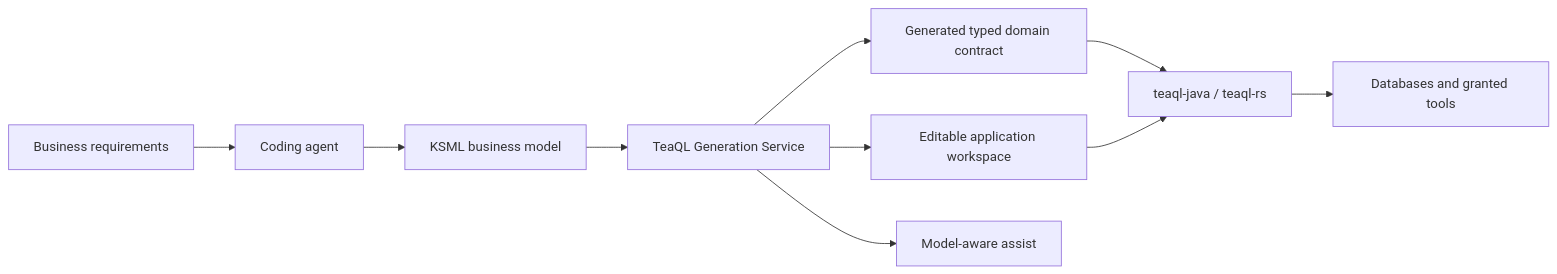
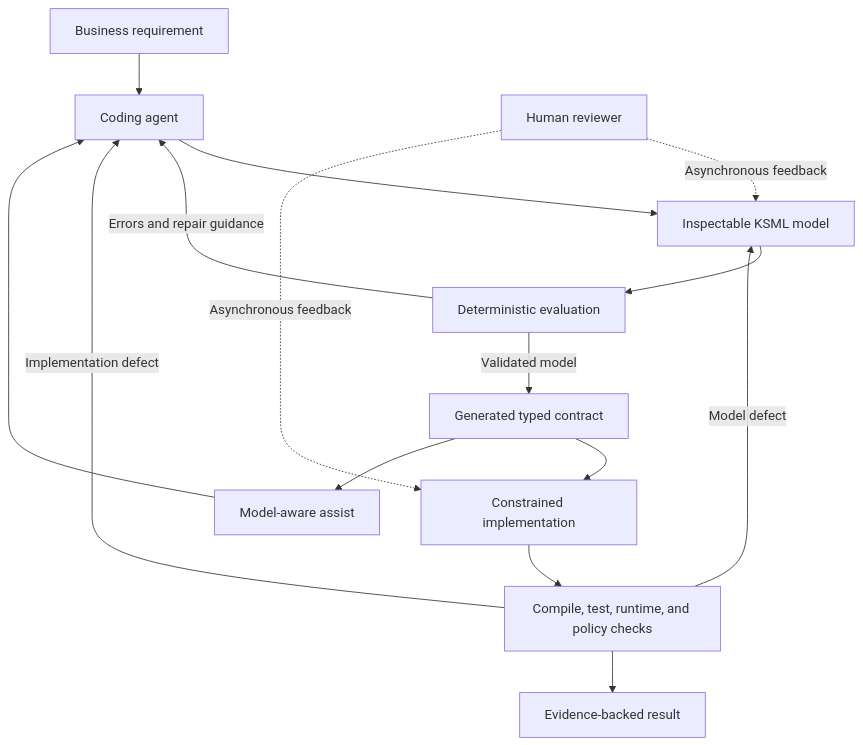
The first of 2 diagrams in README.md (teaql/teaql-agent-kit), drawn with Mermaid before and after one commit. The commit also changed other lines of this file, not shown here.

Commit message:
docs: present TeaQL as a model-mediated agent harness

````diff
--- a/README.md
+++ b/README.md
@@ -33,12 +51,18 @@
 ```mermaid
-flowchart LR
-    R["Business requirements"] --> A["Coding agent"]
-    A --> M["KSML business model"]
-    M --> G["TeaQL Generation Service"]
-    G --> C["Generated typed domain contract"]
-    G --> W["Editable application workspace"]
+flowchart TD
+    R["Business requirement"] --> A["Coding agent"]
+    A --> M["Inspectable KSML model"]
+    M --> E["Deterministic evaluation"]
+    E -->|"Errors and repair guidance"| A
+    E -->|"Validated model"| G["Generated typed contract"]
+    G --> I["Constrained implementation"]
     G --> H["Model-aware assist"]
-    C --> T["teaql-java / teaql-rs"]
-    W --> T
-    T --> D["Databases and granted tools"]
+    H --> A
+    I --> V["Compile, test, runtime, and policy checks"]
+    V -->|"Implementation defect"| A
+    V -->|"Model defect"| M
+    V --> O["Evidence-backed result"]
+
+    U["Human reviewer"] -. "Asynchronous feedback" .-> M
+    U -. "Asynchronous feedback" .-> I
 ```
````
